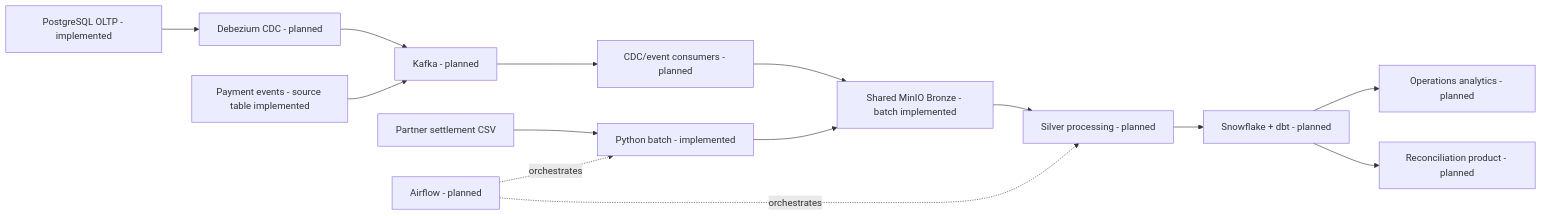
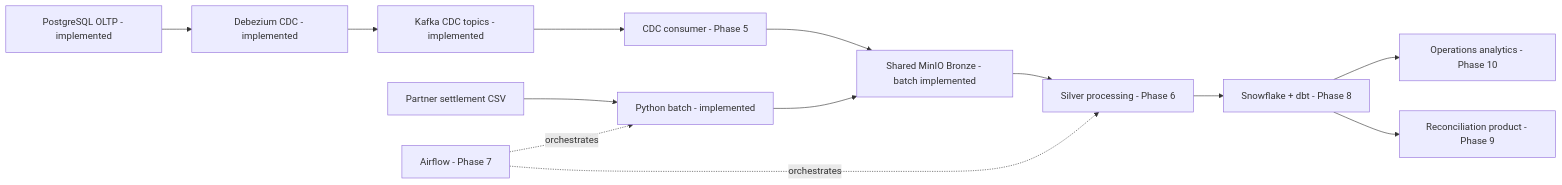
The second of 2 diagrams in docs/architecture/target-architecture.md (minzi03/fintech-payments-data-platform), drawn with Mermaid before and after one commit. The commit also changed other lines of this file and 38 other files, not shown here.

Commit message:
feat: add PostgreSQL CDC with Debezium and Kafka

````diff
--- a/docs/architecture/target-architecture.md
+++ b/docs/architecture/target-architecture.md
@@ -49,16 +48,15 @@
 ```mermaid
 flowchart LR
-    PG["PostgreSQL OLTP - implemented"] --> CDC["Debezium CDC - planned"]
-    CDC --> KAFKA["Kafka - planned"]
-    EVENTS["Payment events - source table implemented"] --> KAFKA
+    PG["PostgreSQL OLTP - implemented"] --> CDC["Debezium CDC - implemented"]
+    CDC --> KAFKA["Kafka CDC topics - implemented"]
     FILES["Partner settlement CSV"] --> BATCH["Python batch - implemented"]
-    KAFKA --> CONSUMER["CDC/event consumers - planned"]
+    KAFKA --> CONSUMER["CDC consumer - Phase 5"]
     BATCH --> BRONZE["Shared MinIO Bronze - batch implemented"]
     CONSUMER --> BRONZE
-    BRONZE --> SILVER["Silver processing - planned"]
-    SILVER --> WH["Snowflake + dbt - planned"]
-    WH --> OPS["Operations analytics - planned"]
-    WH --> RECON["Reconciliation product - planned"]
-    AIRFLOW["Airflow - planned"] -. orchestrates .-> BATCH
+    BRONZE --> SILVER["Silver processing - Phase 6"]
+    SILVER --> WH["Snowflake + dbt - Phase 8"]
+    WH --> OPS["Operations analytics - Phase 10"]
+    WH --> RECON["Reconciliation product - Phase 9"]
+    AIRFLOW["Airflow - Phase 7"] -. orchestrates .-> BATCH
     AIRFLOW -. orchestrates .-> SILVER
 ```
````
